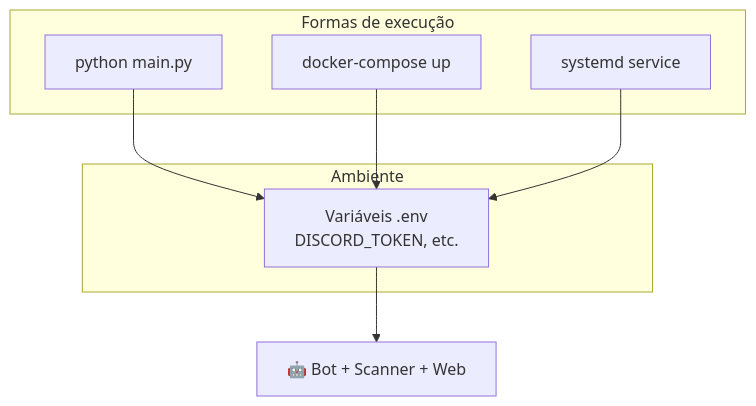
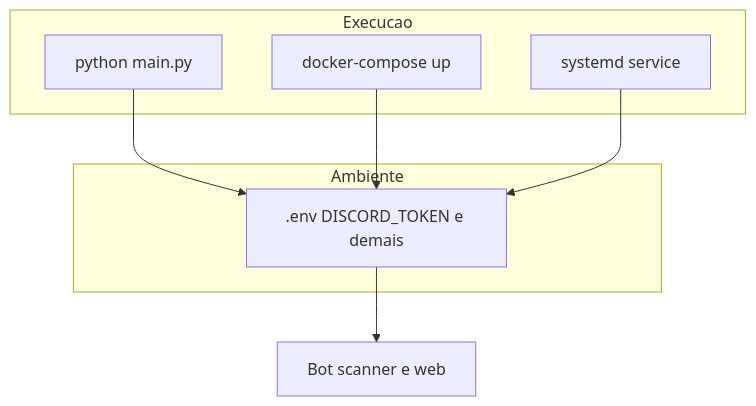
Before and after one commit to carmipa/gundam-news-discord: the fifth of 5 diagrams in docs/ARCHITECTURE.md, drawn with Mermaid. The commit also changed other lines of this file and 1 other file, not shown here.

Commit message:
docs: Move architecture documentation to a dedicated file and improve README diagrams for GitHub rendering.

````diff
--- a/docs/ARCHITECTURE.md
+++ b/docs/ARCHITECTURE.md
@@ -181,16 +181,16 @@
 ```mermaid
 flowchart TB
-    subgraph Opcoes["Formas de execução"]
+    subgraph Opcoes["Execucao"]
         L["python main.py"]
         D["docker-compose up"]
         S["systemd service"]
     end
 
     subgraph Ambiente["Ambiente"]
-        L --> Env["Variáveis .env<br/>DISCORD_TOKEN, etc."]
+        L --> Env[".env DISCORD_TOKEN e demais"]
         D --> Env
         S --> Env
     end
 
-    Env --> Bot["🤖 Bot + Scanner + Web"]
+    Env --> Bot["Bot scanner e web"]
 ```
````
